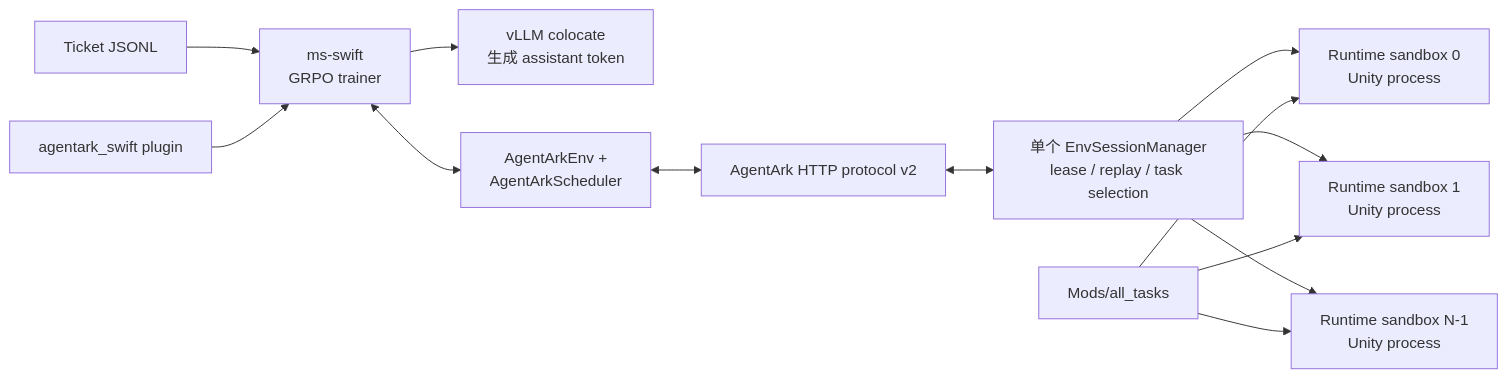
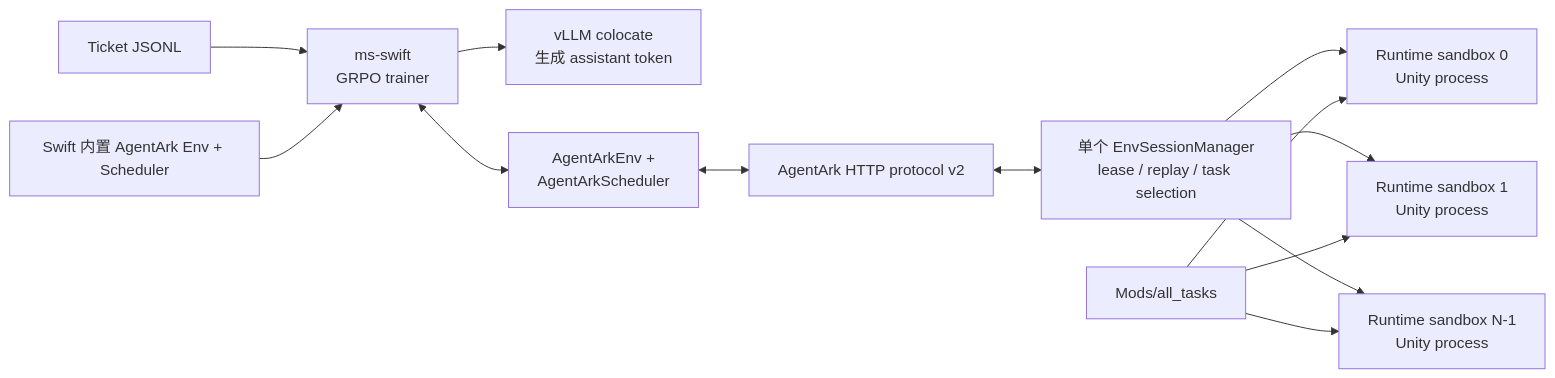
The first of 2 diagrams in integrations/ms_swift/ARCHITECTURE.zh-CN.md (P90-RushB/AgentArk), drawn with Mermaid before and after one commit. The commit also changed other lines of this file and 19 other files, not shown here.

Commit message:
feat(ms-swift): prefer built-in AgentArk integration

````diff
--- a/integrations/ms_swift/ARCHITECTURE.zh-CN.md
+++ b/integrations/ms_swift/ARCHITECTURE.zh-CN.md
@@ -40,15 +44,15 @@
 ```mermaid
 flowchart LR
     D[Ticket JSONL] --> S[ms-swift\nGRPO trainer]
-    P[agentark_swift plugin] --> S
+    P[Swift 内置 AgentArk Env + Scheduler] --> S
     S --> V[vLLM colocate\n生成 assistant token]
     S <--> A[AgentArkEnv +\nAgentArkScheduler]
     A <--> H[AgentArk HTTP protocol v2]
     H <--> M[单个 EnvSessionManager\nlease / replay / task selection]
     M --> R1[Runtime sandbox 0\nUnity process]
     M --> R2[Runtime sandbox 1\nUnity process]
     M --> RN[Runtime sandbox N-1\nUnity process]
     T[Mods/all_tasks] --> R1
     T --> R2
     T --> RN
 ```
````
